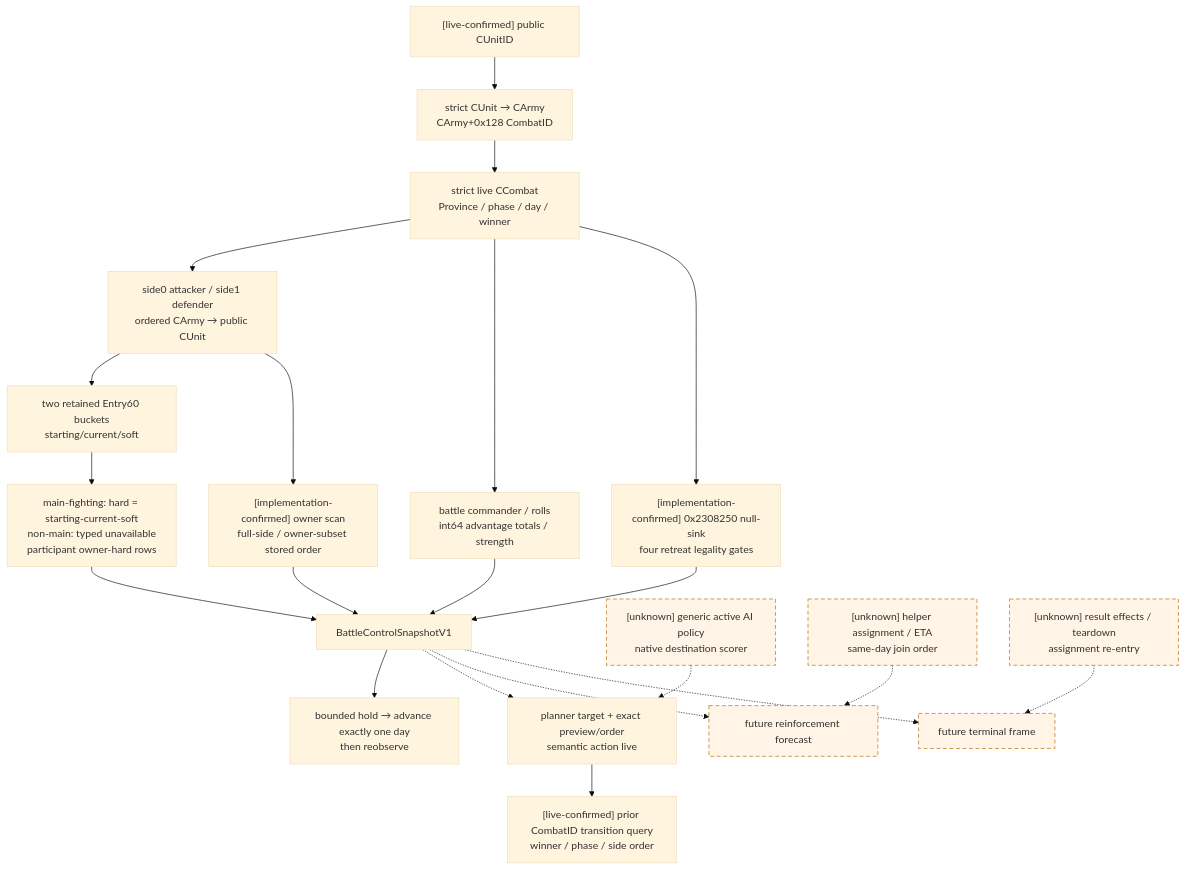
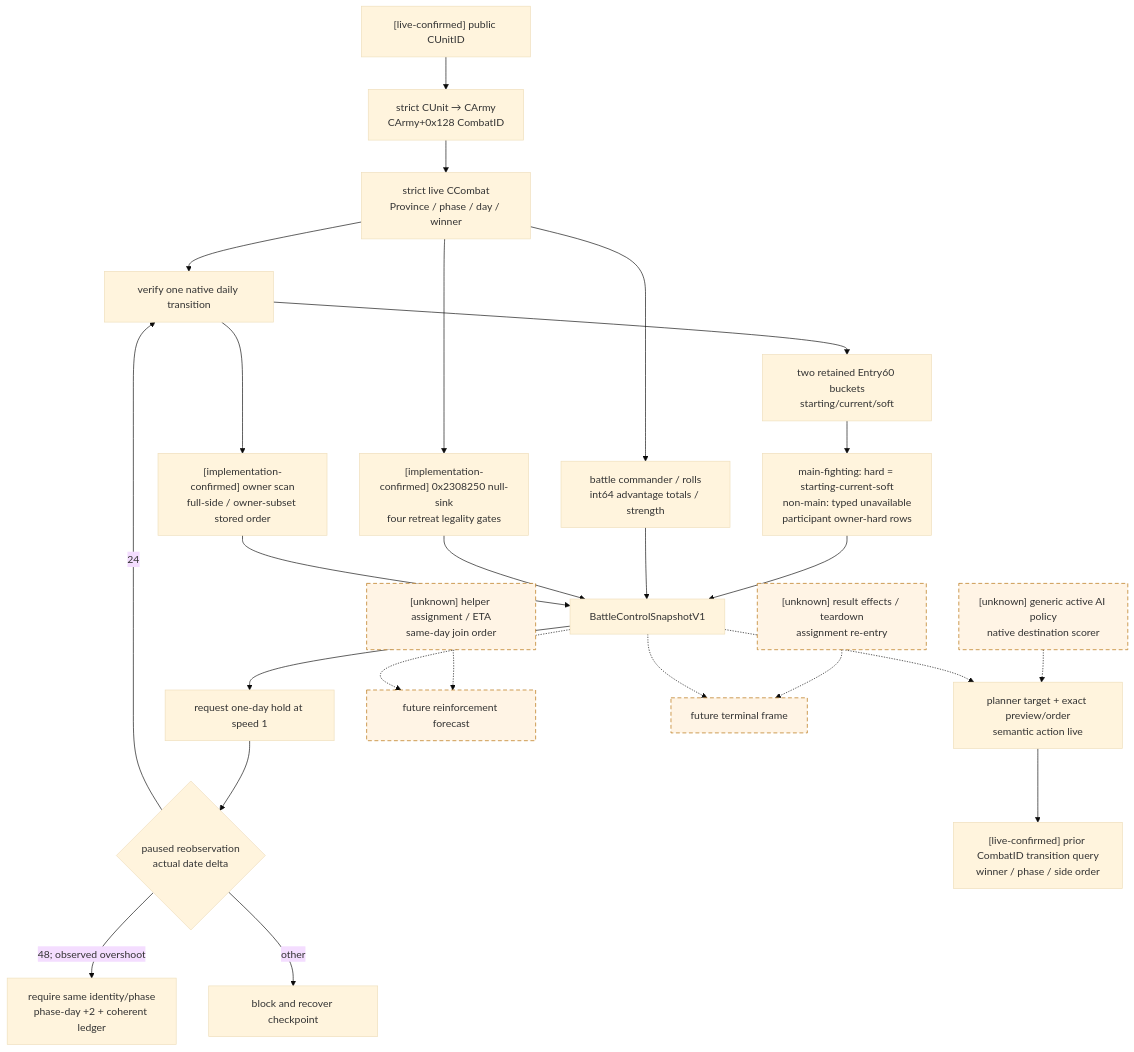
The diagram in docs/ck3-native-ai/ongoing-battle-frame.md (XenoAmess/ck3_eternal_recurrence), drawn with Mermaid (base theme) before and after one commit. The commit also changed other lines of this file and 2 other files, not shown here.

Commit message:
Record two-day battle hold evidence

````diff
--- a/docs/ck3-native-ai/ongoing-battle-frame.md
+++ b/docs/ck3-native-ai/ongoing-battle-frame.md
@@ -79,25 +79,29 @@
 ```mermaid
 flowchart TD
     S["[live-confirmed] public CUnitID"] --> A["strict CUnit → CArmy<br/>CArmy+0x128 CombatID"]
     A --> C["strict live CCombat<br/>Province / phase / day / winner"]
     C --> O["side0 attacker / side1 defender<br/>ordered CArmy → public CUnit"]
     O --> E["two retained Entry60 buckets<br/>starting/current/soft"]
     E --> H["main-fighting: hard = starting-current-soft<br/>non-main: typed unavailable<br/>participant owner-hard rows"]
     C --> R["battle commander / rolls<br/>int64 advantage totals / strength"]
     C --> L["[implementation-confirmed] 0x2308250 null-sink<br/>four retreat legality gates"]
     O --> RS["[implementation-confirmed] owner scan<br/>full-side / owner-subset stored order"]
     H --> F["BattleControlSnapshotV1"]
     R --> F
     L --> F
     RS --> F
-    F --> B["bounded hold → advance exactly one day<br/>then reobserve"]
+    F --> B["request one-day hold at speed 1"]
+    B --> D{"paused reobservation<br/>actual date delta"}
+    D -->|24| O["verify one native daily transition"]
+    D -->|48; observed overshoot| T["require same identity/phase<br/>phase-day +2 + coherent ledger"]
+    D -->|other| X["block and recover checkpoint"]
     RP["[unknown] generic active AI policy<br/>native destination scorer"] -.-> RA["planner target + exact preview/order<br/>semantic action live"]
     RA --> RT["[live-confirmed] prior CombatID transition query<br/>winner / phase / side order"]
     RF["[unknown] helper assignment / ETA<br/>same-day join order"] -.-> FC["future reinforcement forecast"]
     TE["[unknown] result effects / teardown<br/>assignment re-entry"] -.-> TF["future terminal frame"]
     F -.-> RA
     F -.-> FC
     F -.-> TF
     classDef unknown stroke-dasharray: 6 4,fill:#fff4e5,stroke:#b36b00;
     class RP,RF,FC,TE,TF unknown;
 ```
````
